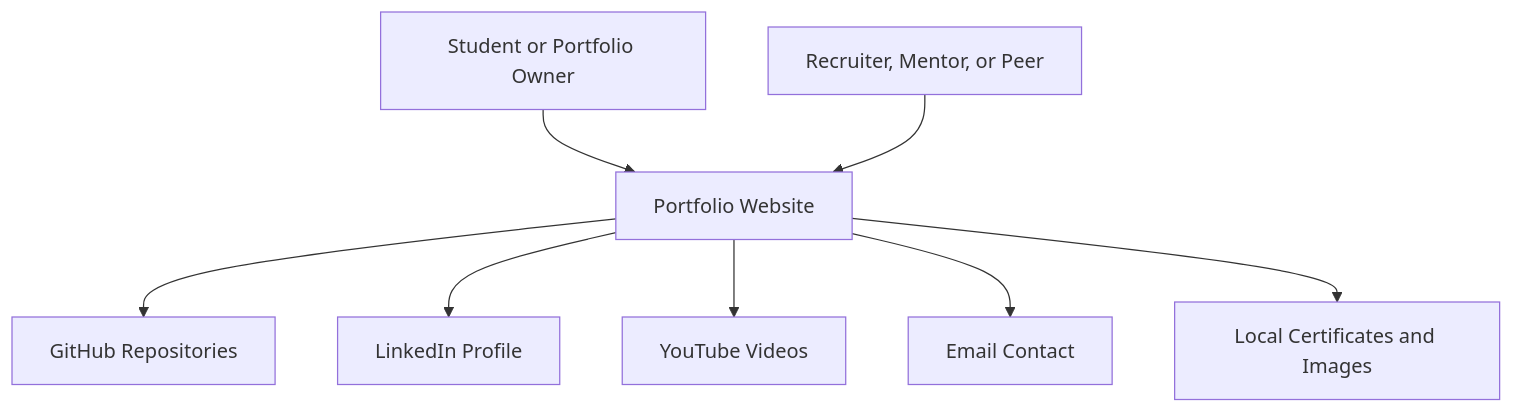
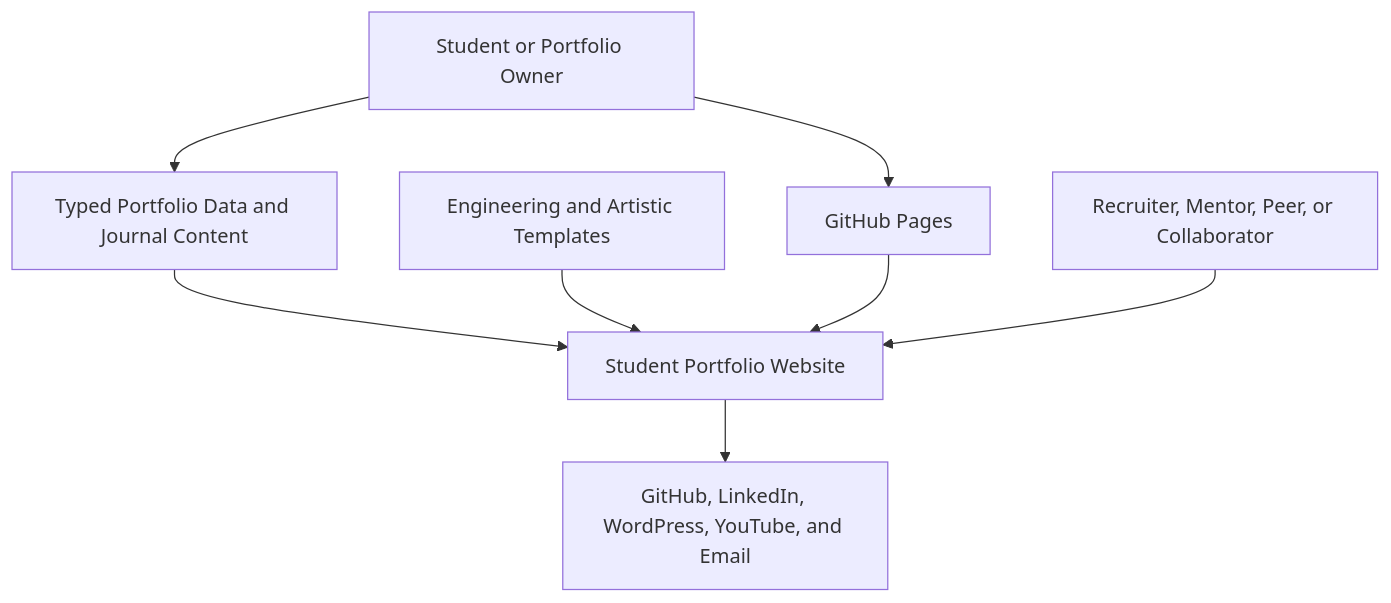
Before and after one commit to nhamhung/nhamhung.github.io: the diagram in aidlc-docs/inception/reverse-engineering/business-overview.md, drawn with Mermaid. The commit also changed other lines of this file and 119 other files, not shown here.

````diff
--- a/aidlc-docs/inception/reverse-engineering/business-overview.md
+++ b/aidlc-docs/inception/reverse-engineering/business-overview.md
@@ -5,19 +5,18 @@
 ```mermaid
 flowchart TD
     Student["Student or Portfolio Owner"]
-    Visitor["Recruiter, Mentor, or Peer"]
-    Portfolio["Portfolio Website"]
-    GitHub["GitHub Repositories"]
-    LinkedIn["LinkedIn Profile"]
-    YouTube["YouTube Videos"]
-    Email["Email Contact"]
-    Certificates["Local Certificates and Images"]
+    Visitor["Recruiter, Mentor, Peer, or Collaborator"]
+    Portfolio["Student Portfolio Website"]
+    Content["Typed Portfolio Data and Journal Content"]
+    Templates["Engineering and Artistic Templates"]
+    External["GitHub, LinkedIn, WordPress, YouTube, and Email"]
+    Pages["GitHub Pages"]
 
-    Student --> Portfolio
+    Student --> Content
+    Content --> Portfolio
+    Templates --> Portfolio
+    Student --> Pages
+    Pages --> Portfolio
     Visitor --> Portfolio
-    Portfolio --> GitHub
-    Portfolio --> LinkedIn
-    Portfolio --> YouTube
-    Portfolio --> Email
-    Portfolio --> Certificates
+    Portfolio --> External
 ```
````
